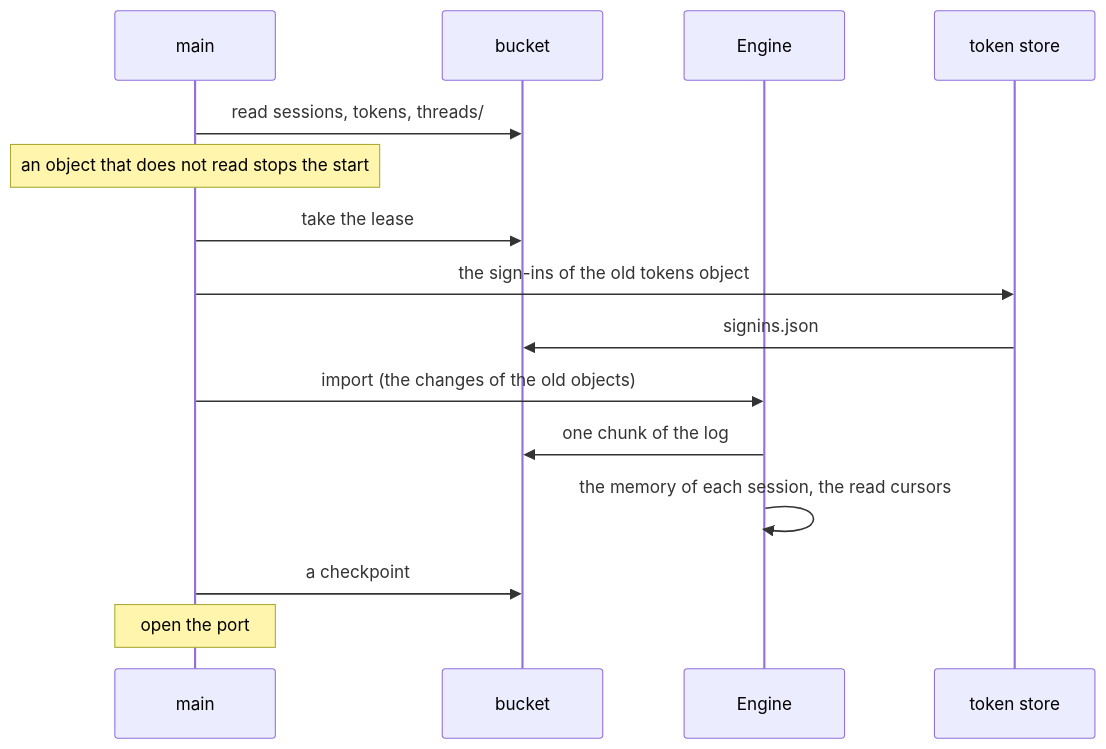
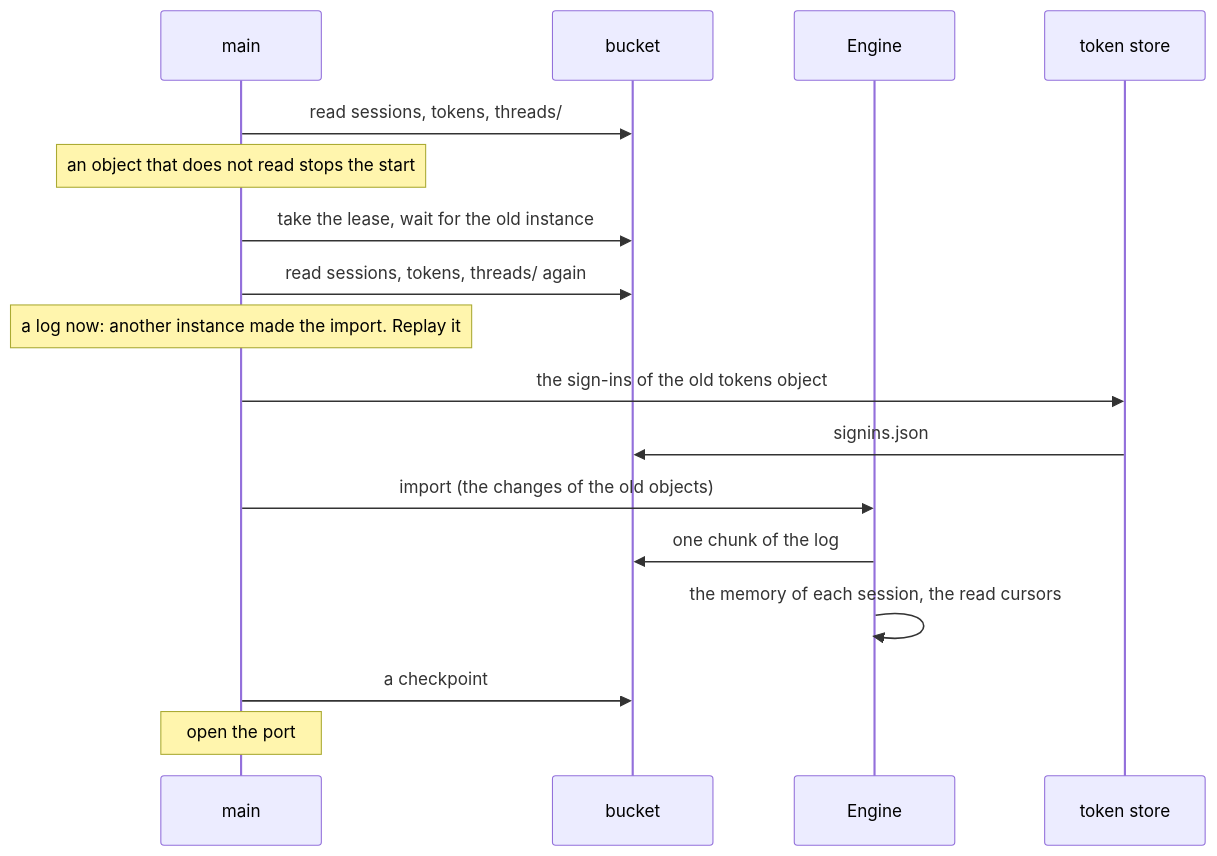
One commit to como-technologies/riff changed the sixth of 6 diagrams in docs/src/design-engine.md. Above: the diagram before and after it, drawn with Mermaid. The commit also changed other lines of this file and 6 other files, not shown here.

First line of the commit message:
WIP: the import reads the old objects again after the lease wait, and makes the payload of an old signed message

````diff
--- a/docs/src/design-engine.md
+++ b/docs/src/design-engine.md
@@ -981,17 +981,19 @@
 ```mermaid
 sequenceDiagram
     participant M as main
     participant B as bucket
     participant E as Engine
     participant T as token store
     M->>B: read sessions, tokens, threads/
     Note over M: an object that does not read stops the start
-    M->>B: take the lease
+    M->>B: take the lease, wait for the old instance
+    M->>B: read sessions, tokens, threads/ again
+    Note over M: a log now: another instance made the import. Replay it
     M->>T: the sign-ins of the old tokens object
     T->>B: signins.json
     M->>E: import (the changes of the old objects)
     E->>B: one chunk of the log
     E->>E: the memory of each session, the read cursors
     M->>B: a checkpoint
     Note over M: open the port
 ```
````
